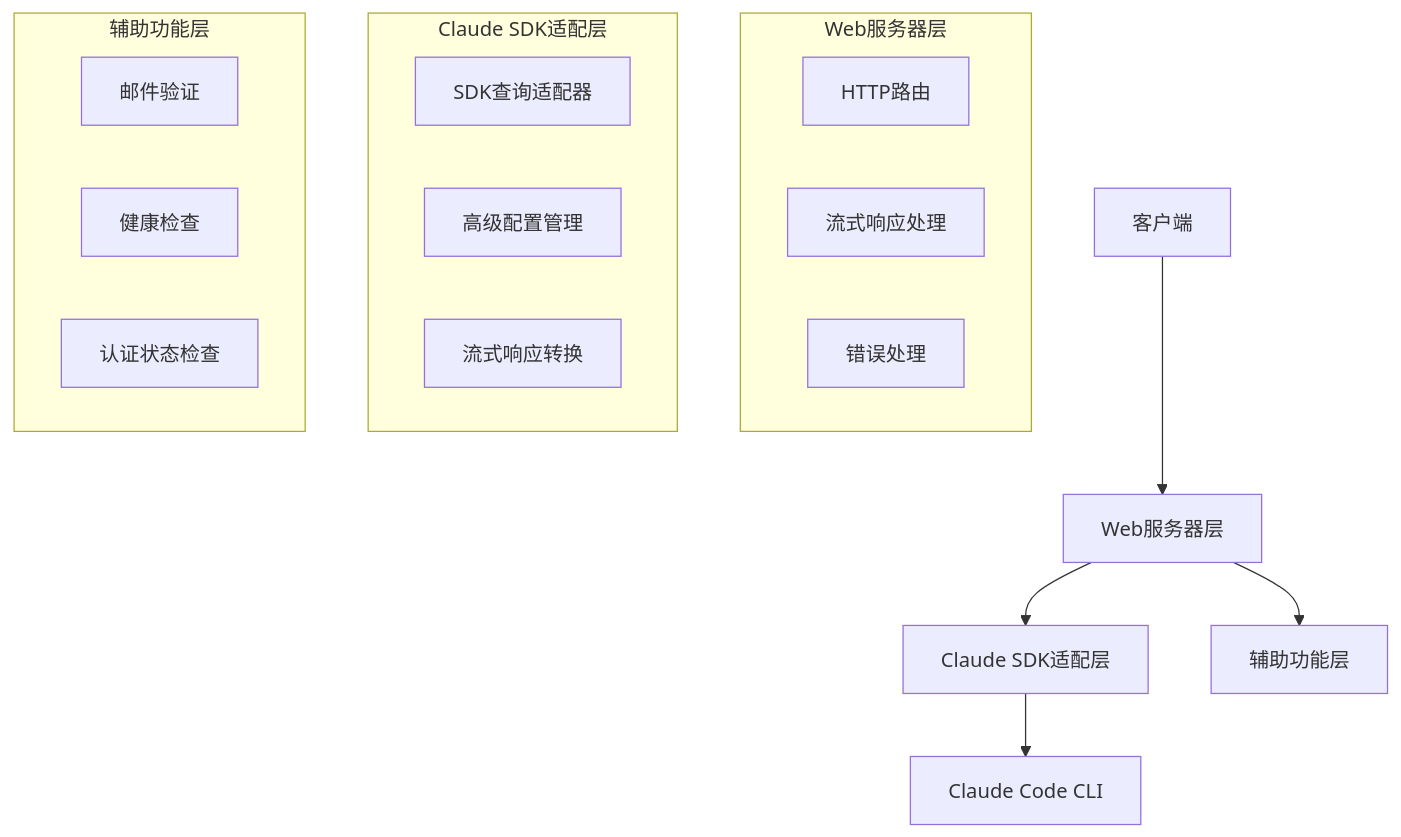
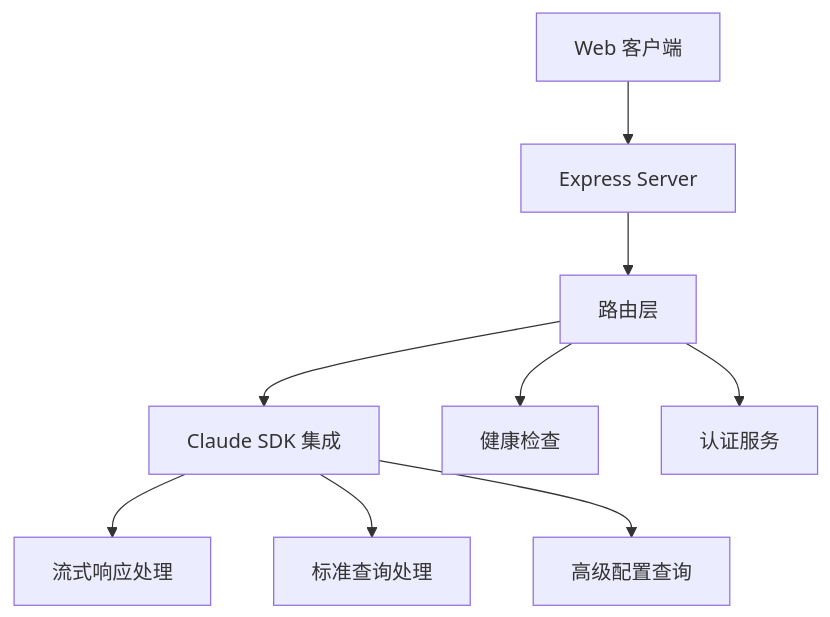
The first of 5 diagrams in demo-real/demo-real-Technical-Overview.md (danielli0522/cc-sdk-demo), drawn with Mermaid before and after one commit. The commit also changed other lines of this file and 3 other files, not shown here.

````diff
--- a/demo-real/demo-real-Technical-Overview.md
+++ b/demo-real/demo-real-Technical-Overview.md
@@ -49,25 +36,11 @@
 ```mermaid
 graph TD
-    A[客户端] --> B[Web服务器层]
-    B --> C[Claude SDK适配层]
-    B --> D[辅助功能层]
-    C --> E[Claude Code CLI]
-    
-    subgraph Web服务器层
-        F[HTTP路由]
-        G[流式响应处理]
-        H[错误处理]
-    end
-    
-    subgraph Claude SDK适配层
-        I[SDK查询适配器]
-        J[高级配置管理]
-        K[流式响应转换]
-    end
-    
-    subgraph 辅助功能层
-        L[邮件验证]
-        M[健康检查]
-        N[认证状态检查]
-    end
+    A[Web 客户端] --> B[Express Server]
+    B --> C[路由层]
+    C --> D[Claude SDK 集成]
+    C --> E[健康检查]
+    C --> F[认证服务]
+    D --> G[流式响应处理]
+    D --> H[标准查询处理]
+    D --> I[高级配置查询]
 ```
````
